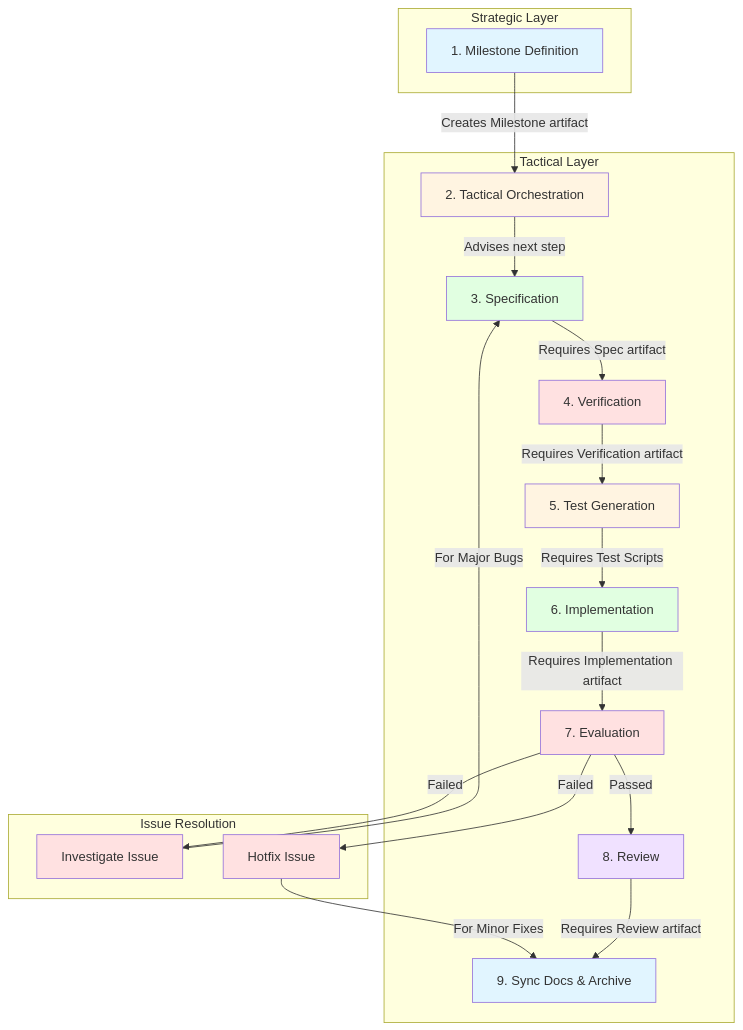
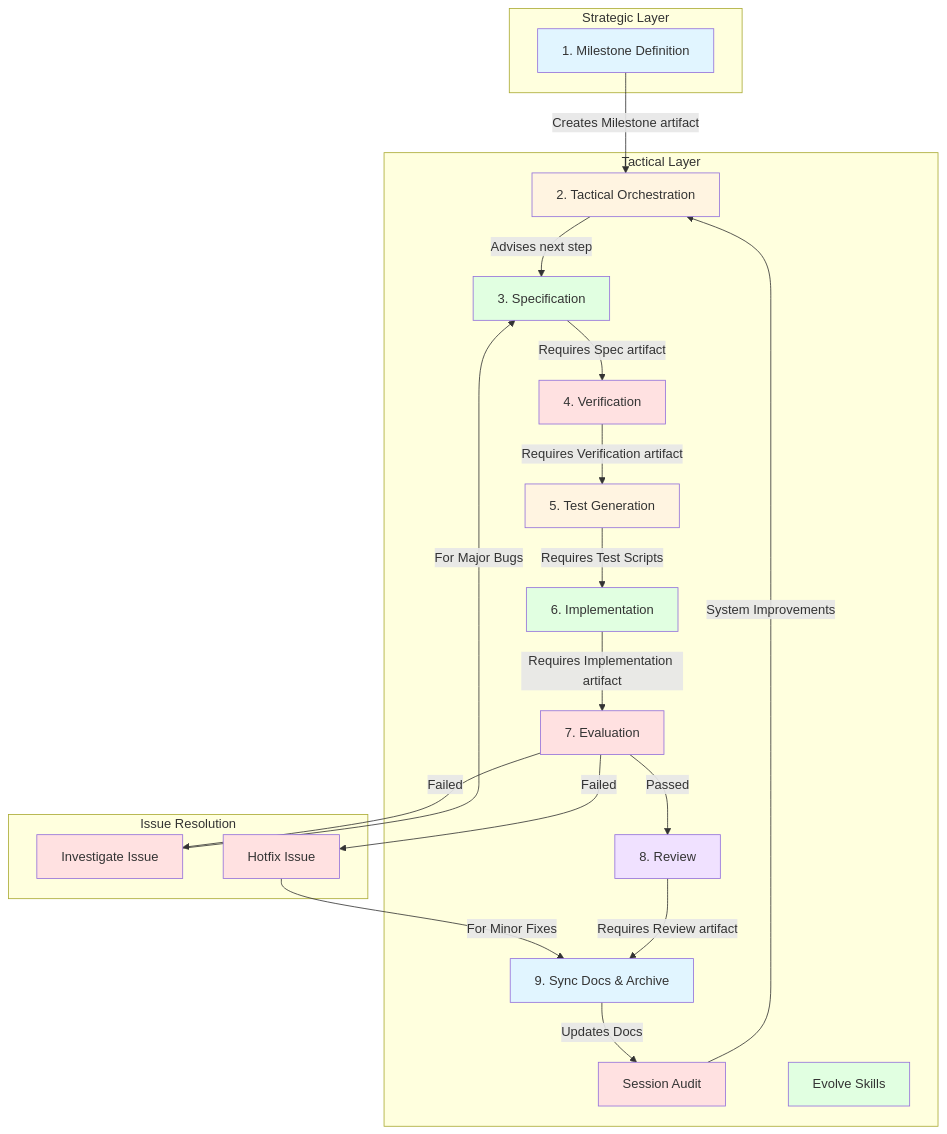
Before and after one commit to bparlan/omp-agent: the second of 6 diagrams in README.md, drawn with Mermaid. The commit also changed other lines of this file and 119 other files, not shown here.

Commit message:
refactor: isolate OMP AEF architecture and establish folder as root repository

````diff
--- a/README.md
+++ b/README.md
@@ -152,47 +191,53 @@
 ```mermaid
 graph TD
     subgraph "Strategic Layer"
             A[1. Milestone Definition]
         end
 
     subgraph "Tactical Layer"
             B[2. Tactical Orchestration]
             C[3. Specification]
             D[4. Verification]
             E[5. Test Generation]
             F[6. Implementation]
             G[7. Evaluation]
             H[8. Review]
             I[9. Sync Docs & Archive]
+            J[Session Audit]
+            K[Evolve Skills]
         end
     subgraph "Issue Resolution"
-            J[Investigate Issue]
-            K[Hotfix Issue]
+            L[Investigate Issue]
+            M[Hotfix Issue]
         end
 
     A -->|Creates Milestone artifact| B
     B -->|Advises next step| C
     C -->|Requires Spec artifact| D
     D -->|Requires Verification artifact| E
     E -->|Requires Test Scripts| F
     F -->|Requires Implementation artifact| G
     G -- Passed --> H
-    G -- Failed --> J
-    G -- Failed --> K
-    J -->|For Major Bugs| C
-    K -->|For Minor Fixes| I
+    G -- Failed --> L
+    G -- Failed --> M
+    L -->|For Major Bugs| C
+    M -->|For Minor Fixes| I
     H -->|Requires Review artifact| I
+    I -->|Updates Docs| J
+    J -->|System Improvements| B
 
     %% Styles
     style A fill:#e1f5ff
     style B fill:#fff4e1
     style C fill:#e1ffe1
     style D fill:#ffe1e1
     style E fill:#fff4e1
     style F fill:#e1ffe1
     style G fill:#ffe1e1
     style H fill:#f0e1ff
     style I fill:#e1f5ff
     style J fill:#ffe1e1
-    style K fill:#ffe1e1
+    style K fill:#e1ffe1
+    style L fill:#ffe1e1
+    style M fill:#ffe1e1
 ```
````
